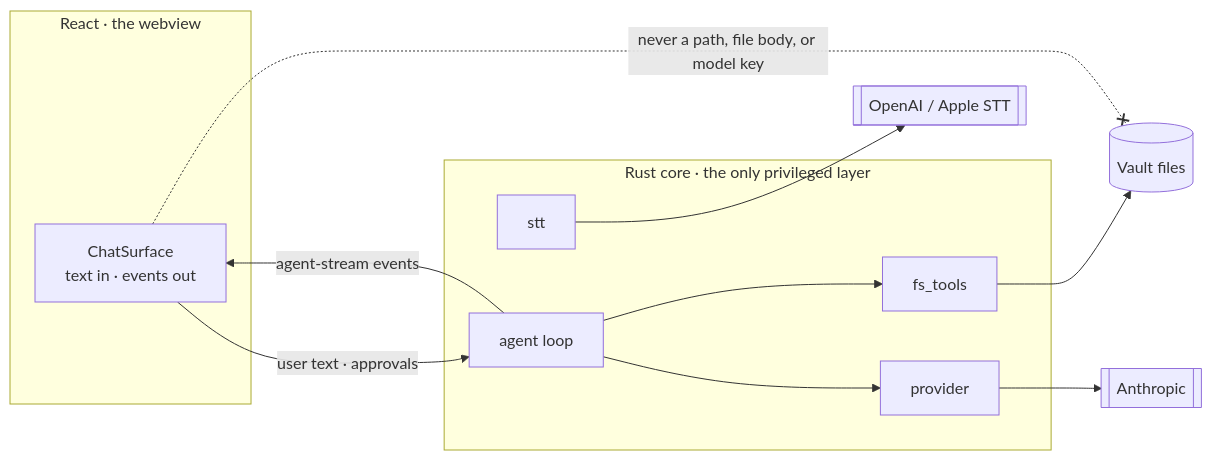
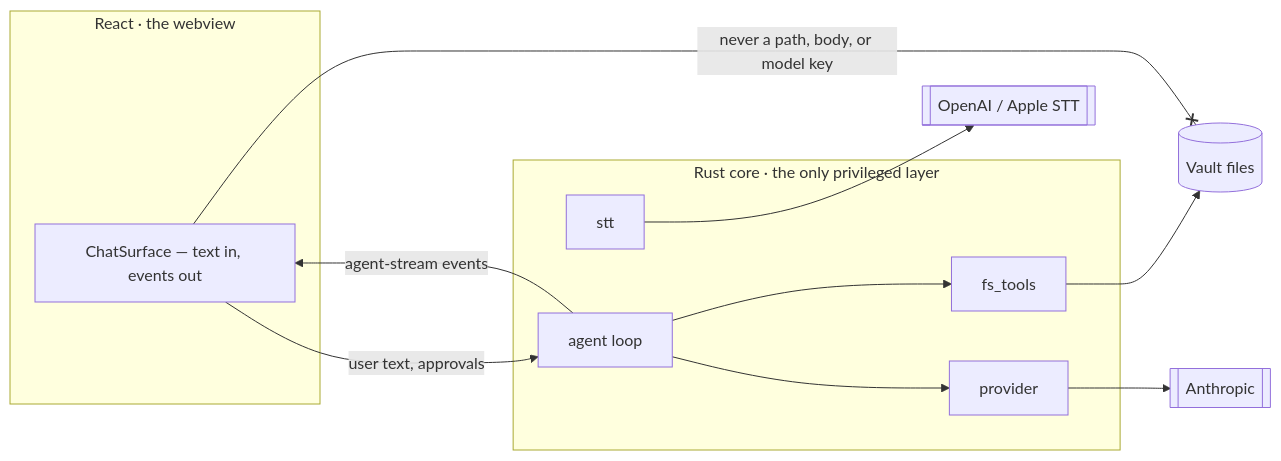
One commit to geetduggal/order changed the second of 2 diagrams in docs/ARCHITECTURE.md. Above: the diagram before and after it, drawn with Mermaid. The commit also changed other lines of this file and 13 other files, not shown here.

First line of the commit message:
Chats auto-name from content; Mermaid rendering in notes; fix docs diagram

````diff
--- a/docs/ARCHITECTURE.md
+++ b/docs/ARCHITECTURE.md
@@ -271,22 +271,22 @@
 ```mermaid
 flowchart LR
-    subgraph React[React · the webview]
-        UI[ChatSurface<br/>text in · events out]
+    subgraph React["React · the webview"]
+        UI["ChatSurface — text in, events out"]
     end
-    subgraph Rust[Rust core · the only privileged layer]
-        L[agent loop]
-        T[fs_tools]
-        P[provider]
-        S[stt]
+    subgraph Rust["Rust core · the only privileged layer"]
+        L["agent loop"]
+        T["fs_tools"]
+        P["provider"]
+        S["stt"]
     end
-    Vault[(Vault files)]
-    Model[[Anthropic]]
-    STT[[OpenAI / Apple STT]]
+    Vault[("Vault files")]
+    Model[["Anthropic"]]
+    STT[["OpenAI / Apple STT"]]
 
-    UI -- "user text · approvals" --> L
+    UI -- "user text, approvals" --> L
     L -- "agent-stream events" --> UI
     L --> T --> Vault
     L --> P --> Model
     S --> STT
-    UI -. "never a path, file body, or model key" .-x Vault
+    UI -- "never a path, body, or model key" --x Vault
 ```
````
